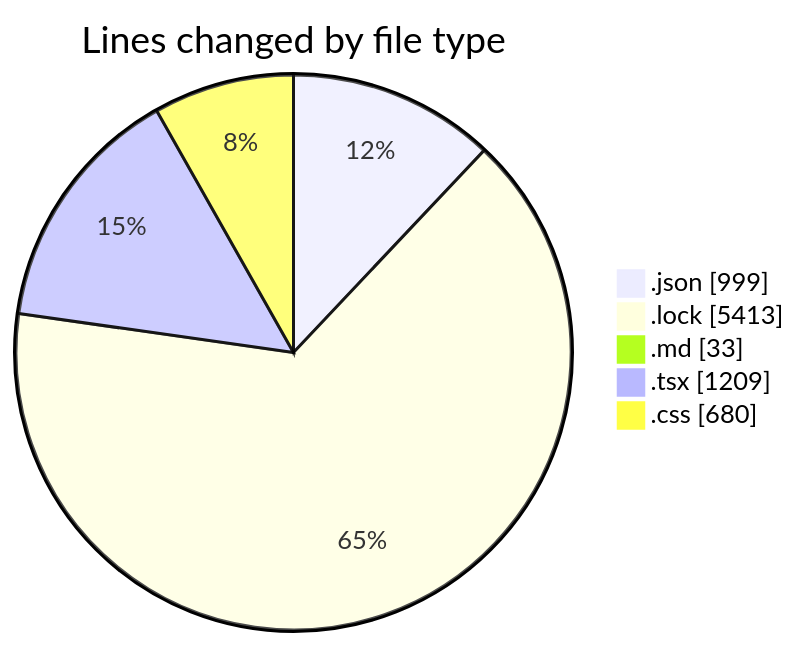
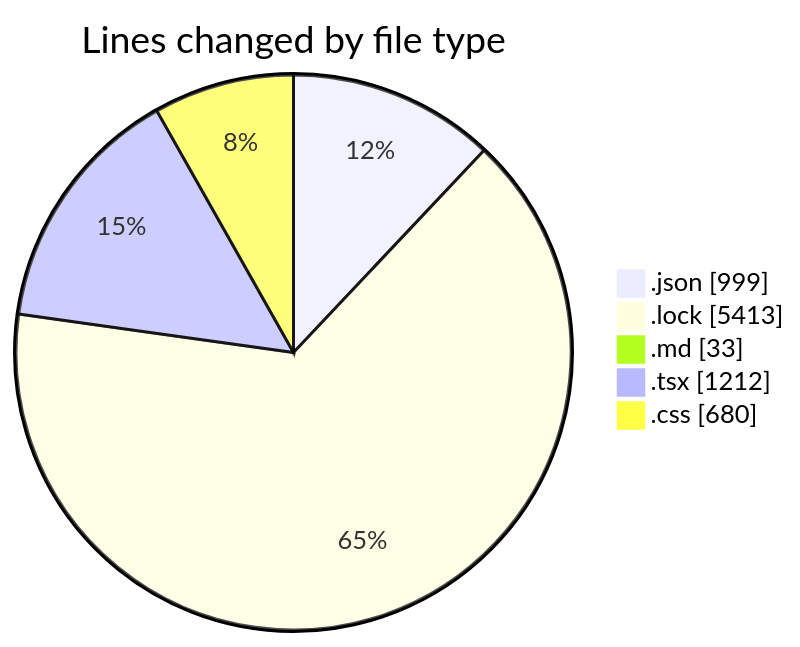
Before and after one commit to EIIisD/code-tracking: the first of 2 diagrams in 2025-08-11/ribbon/README.md, drawn with Mermaid. The commit also changed other lines of this file and 1 other file, not shown here.

````diff
--- a/2025-08-11/ribbon/README.md
+++ b/2025-08-11/ribbon/README.md
@@ -40,9 +40,9 @@
 ```mermaid
 pie showData
 title Lines changed by file type
 ".json" : 999
 ".lock" : 5413
 ".md" : 33
-".tsx" : 1209
+".tsx" : 1212
 ".css" : 680
 ```
````
